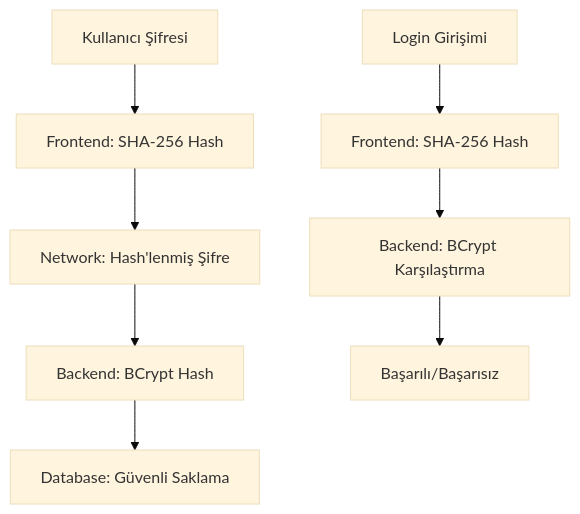
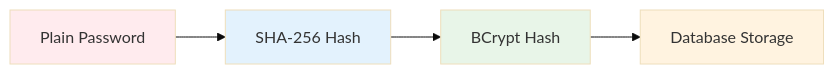
Before and after one commit to BT-maker/E-commerce-spring-react: the first of 3 diagrams in SECURITY_IMPLEMENTATION.md, drawn with Mermaid (base theme). The commit also changed other lines of this file and 2 other files, not shown here.

````diff
--- a/SECURITY_IMPLEMENTATION.md
+++ b/SECURITY_IMPLEMENTATION.md
@@ -225,11 +17,11 @@
 ```mermaid
-graph TD
-    A[Kullanıcı Şifresi] --> B[Frontend: SHA-256 Hash]
-    B --> C[Network: Hash'lenmiş Şifre]
-    C --> D[Backend: BCrypt Hash]
-    D --> E[Database: Güvenli Saklama]
+graph LR
+    A[Plain Password] --> B[SHA-256 Hash]
+    B --> C[BCrypt Hash]
+    C --> D[Database Storage]
     
-    F[Login Girişimi] --> G[Frontend: SHA-256 Hash]
-    G --> H[Backend: BCrypt Karşılaştırma]
-    H --> I[Başarılı/Başarısız]
+    style A fill:#ffebee
+    style B fill:#e3f2fd
+    style C fill:#e8f5e8
+    style D fill:#fff3e0
 ```
````
